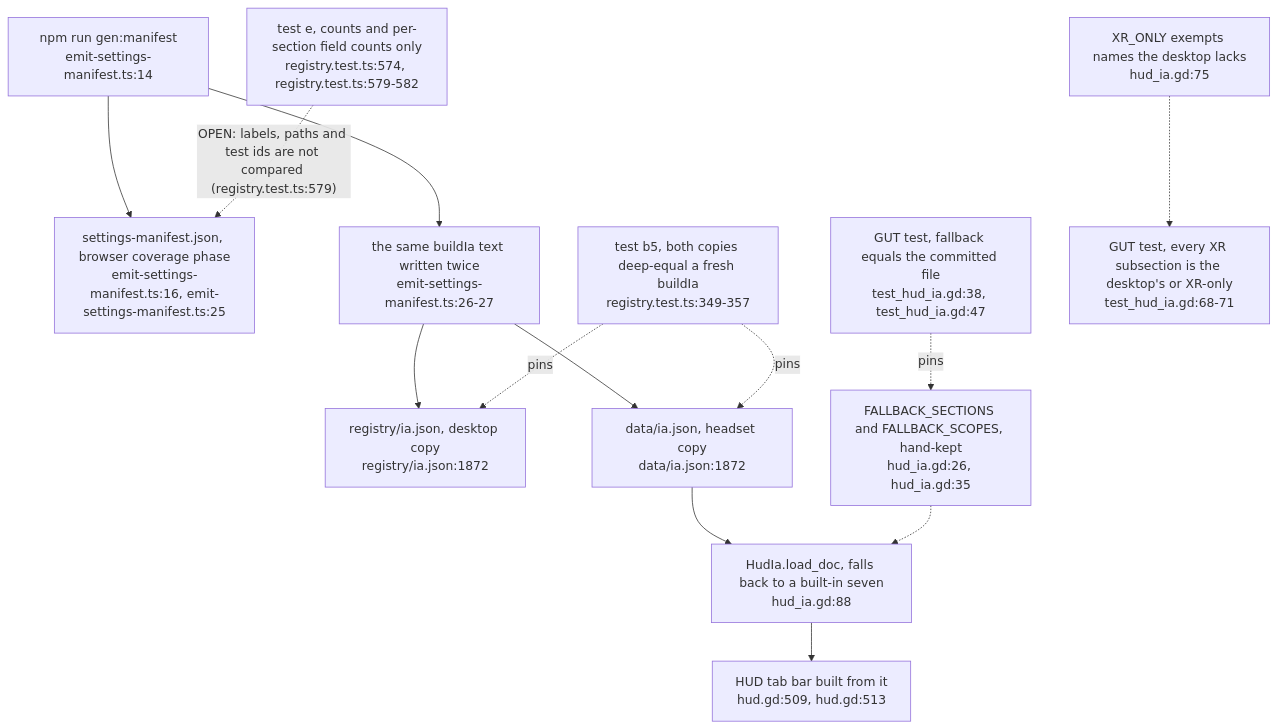
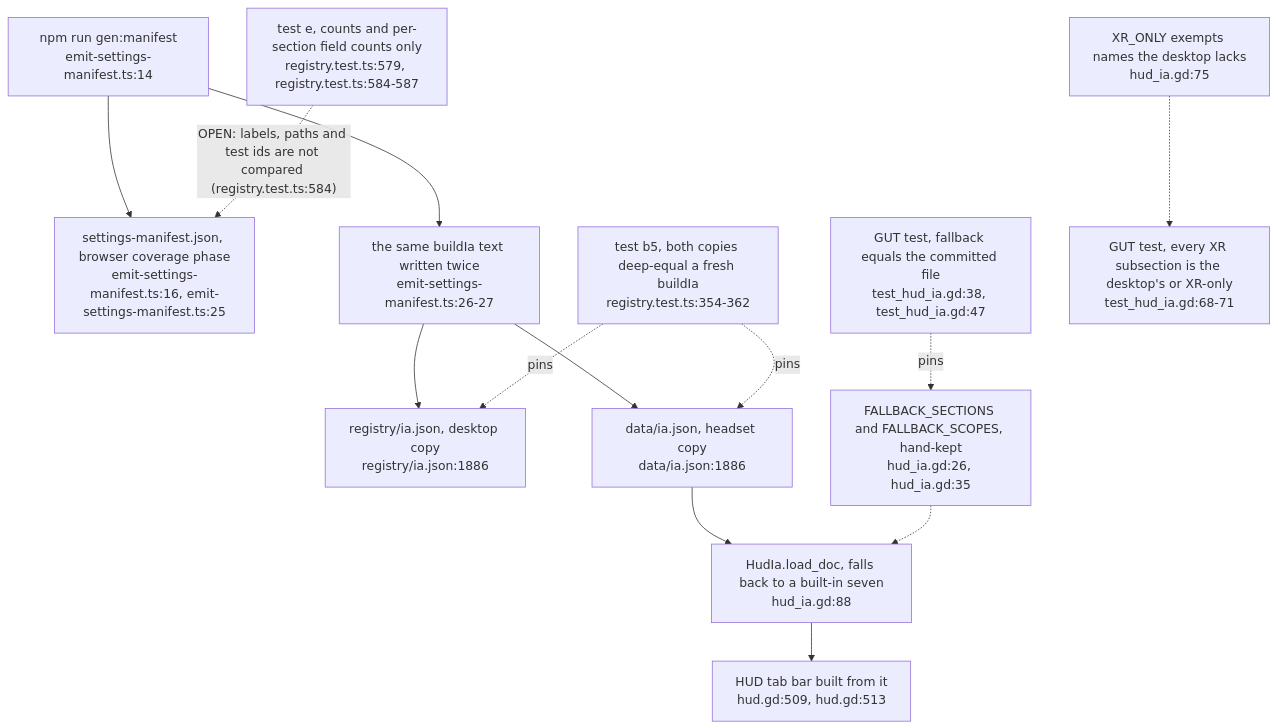
Before and after one commit to DreamLab-AI/VisionFlow: the third of 12 diagrams in docs/diagrams/visionclaw/57-control-centre-ia-and-drawer.md, drawn with Mermaid. The commit also changed other lines of this file and 6 other files, not shown here.

First line of the commit message:
diagrams(visionclaw): re-verify VC-51..57 at visionclaw 4900ec60

````diff
--- a/docs/diagrams/visionclaw/57-control-centre-ia-and-drawer.md
+++ b/docs/diagrams/visionclaw/57-control-centre-ia-and-drawer.md
@@ -131,15 +131,15 @@
 ```mermaid
 flowchart TB
     EM["npm run gen:manifest<br/>emit-settings-manifest.ts:14"] --> MAN["settings-manifest.json, browser coverage phase<br/>emit-settings-manifest.ts:16, emit-settings-manifest.ts:25"]
     EM --> IAW["the same buildIa text written twice<br/>emit-settings-manifest.ts:26-27"]
-    IAW --> C1["registry/ia.json, desktop copy<br/>registry/ia.json:1872"]
-    IAW --> C2["data/ia.json, headset copy<br/>data/ia.json:1872"]
-    B5["test b5, both copies deep-equal a fresh buildIa<br/>registry.test.ts:349-357"] -.->|pins| C1
+    IAW --> C1["registry/ia.json, desktop copy<br/>registry/ia.json:1886"]
+    IAW --> C2["data/ia.json, headset copy<br/>data/ia.json:1886"]
+    B5["test b5, both copies deep-equal a fresh buildIa<br/>registry.test.ts:354-362"] -.->|pins| C1
     B5 -.->|pins| C2
-    TE["test e, counts and per-section field counts only<br/>registry.test.ts:574, registry.test.ts:579-582"] -.->|"OPEN: labels, paths and test ids are not compared (registry.test.ts:579)"| MAN
+    TE["test e, counts and per-section field counts only<br/>registry.test.ts:579, registry.test.ts:584-587"] -.->|"OPEN: labels, paths and test ids are not compared (registry.test.ts:584)"| MAN
     C2 --> LD["HudIa.load_doc, falls back to a built-in seven<br/>hud_ia.gd:88"]
     LD --> HUD["HUD tab bar built from it<br/>hud.gd:509, hud.gd:513"]
     FB["FALLBACK_SECTIONS and FALLBACK_SCOPES, hand-kept<br/>hud_ia.gd:26, hud_ia.gd:35"] -.-> LD
     GUT["GUT test, fallback equals the committed file<br/>test_hud_ia.gd:38, test_hud_ia.gd:47"] -.->|pins| FB
     XO["XR_ONLY exempts names the desktop lacks<br/>hud_ia.gd:75"] -.-> GUT2["GUT test, every XR subsection is the desktop's or XR-only<br/>test_hud_ia.gd:68-71"]
 ```
````
